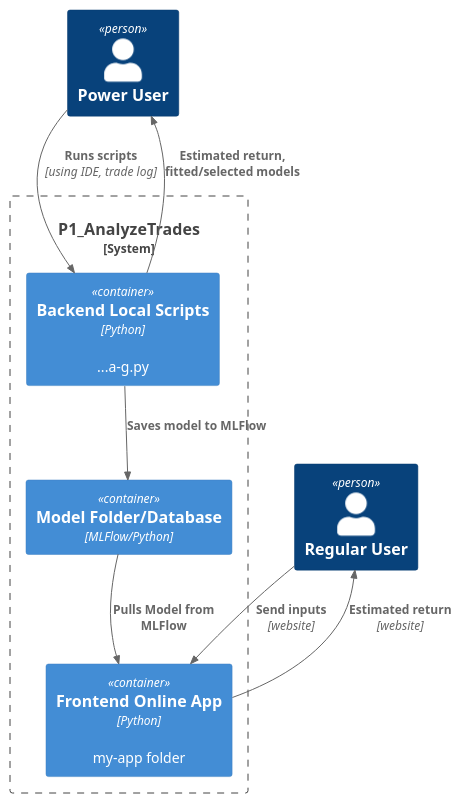
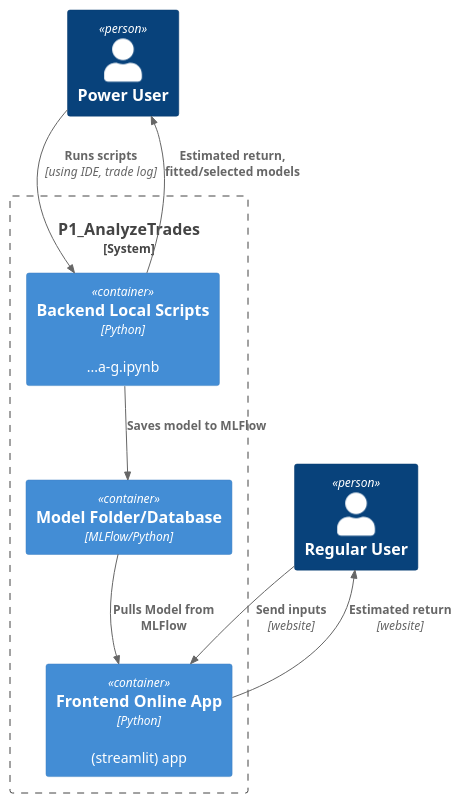
The diagram in P1-AnalyzeTrades/README_C2.puml (sws144/quant-trading), drawn with PlantUML before and after one commit. The commit also changed 1 other file, not shown here.

```diff
--- a/P1-AnalyzeTrades/README_C2.puml
+++ b/P1-AnalyzeTrades/README_C2.puml
@@ -1,19 +1,19 @@
 @startuml C2_Containers
 !include https://raw.githubusercontent.com/plantuml-stdlib/C4-PlantUML/master/C4_Container.puml
 
 Person(admin, "Power User")
 Person(user1, "Regular User")
 
 System_Boundary(c1, "P1_AnalyzeTrades") {
-    Container(backend, "Backend Local Scripts", "Python", "...a-g.py")
-    Container(frontend, "Frontend Online App", "Python", "my-app folder")
+    Container(backend, "Backend Local Scripts", "Python", "...a-g.ipynb")
+    Container(frontend, "Frontend Online App", "Python", "(streamlit) app")
     Container(models, "Model Folder/Database", "MLFlow/Python")
 }
 Rel(admin, backend, "Runs scripts", "using IDE, trade log")
 Rel(backend, admin, "Estimated return, fitted/selected models")
 Rel(backend, models, "Saves model to MLFlow")
 
 Rel(user1, frontend, "Send inputs", "website")
 Rel(frontend, user1, "Estimated return", "website")
 Rel(models,frontend , "Pulls Model from MLFlow")
 @enduml
```
